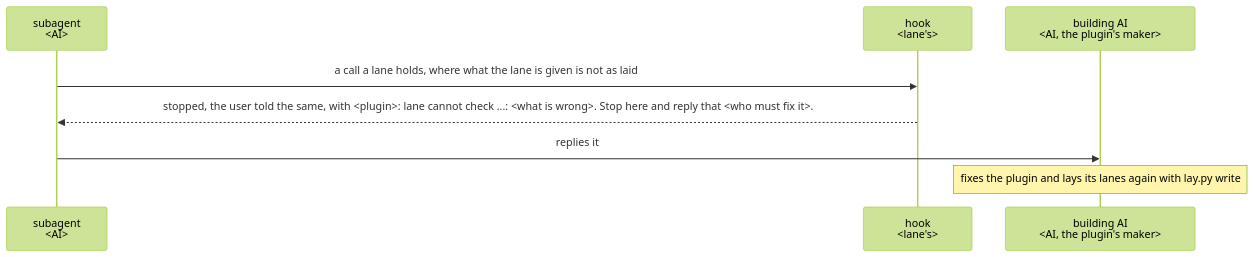
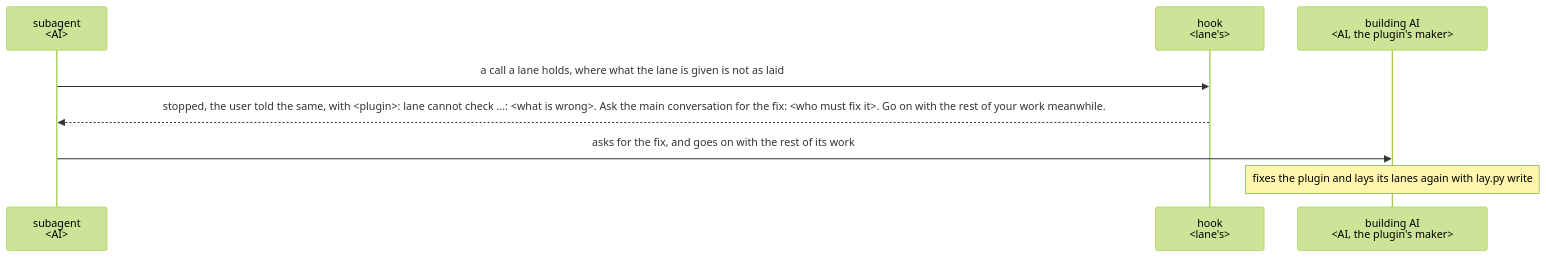
One commit to lovaizu/ccpm changed the fourth of 4 diagrams in dev/lane/ux.md. Above: the diagram before and after it, drawn with Mermaid (forest theme). The commit also changed other lines of this file and 38 other files, not shown here.

````diff
--- a/dev/lane/ux.md
+++ b/dev/lane/ux.md
@@ -103,10 +103,10 @@
 ```mermaid
 sequenceDiagram
   participant S as subagent<br/>#lt;AI#gt;
   participant H as hook<br/>#lt;lane's#gt;
   participant A as building AI<br/>#lt;AI, the plugin's maker#gt;
   S->>H: a call a lane holds, where what the lane is given is not as laid
-  H-->>S: stopped, the user told the same, with #lt;plugin#gt;: lane cannot check ...: #lt;what is wrong#gt;. Stop here and reply that #lt;who must fix it#gt;.
-  S->>A: replies it
+  H-->>S: stopped, the user told the same, with #lt;plugin#gt;: lane cannot check ...: #lt;what is wrong#gt;. Ask the main conversation for the fix: #lt;who must fix it#gt;. Go on with the rest of your work meanwhile.
+  S->>A: asks for the fix, and goes on with the rest of its work
   Note over A: fixes the plugin and lays its lanes again with lay.py write
 ```
````
